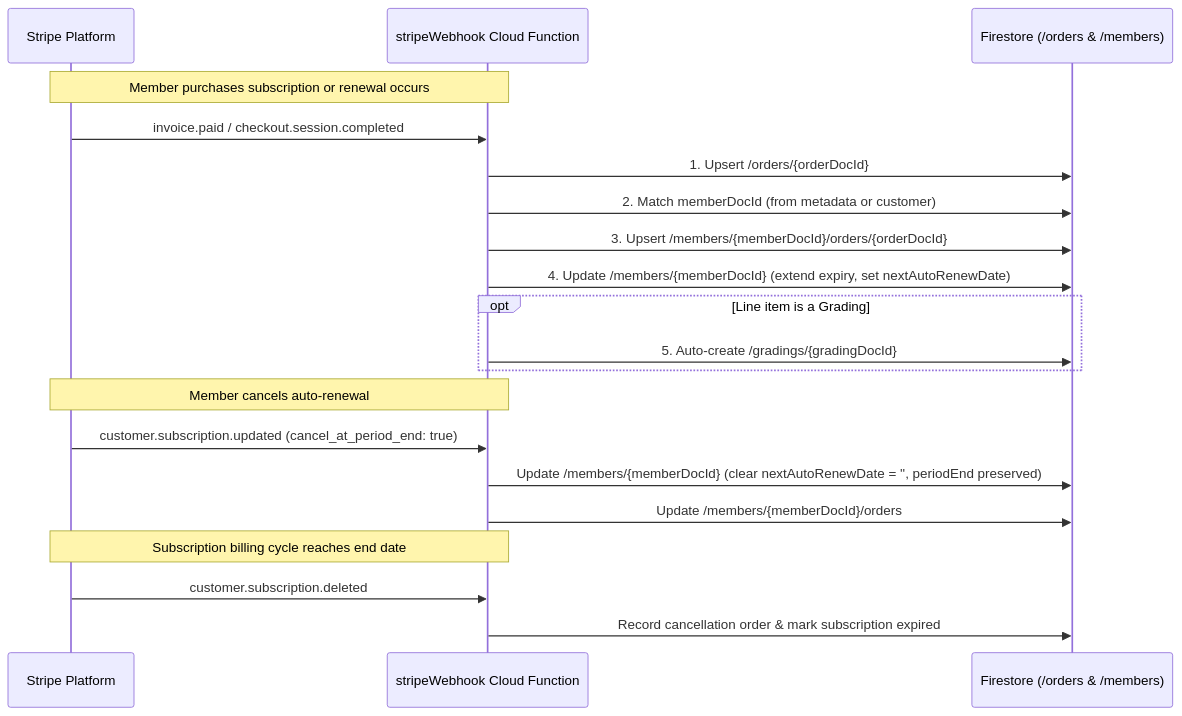
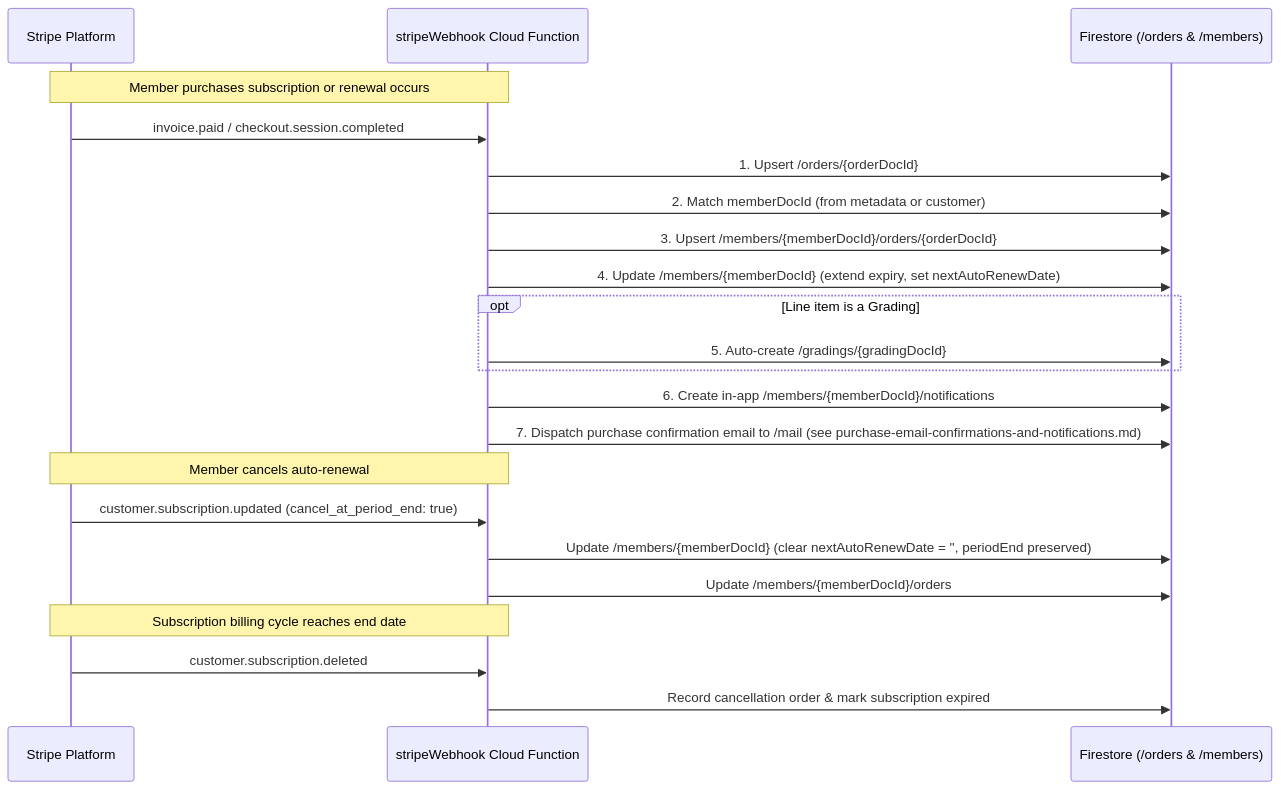
One commit to iislucas/ilc-members-manager changed the second of 2 diagrams in docs/plans/orders-and-subscriptions.md. Above: the diagram before and after it, drawn with Mermaid. The commit also changed other lines of this file and 24 other files, not shown here.

````diff
--- a/docs/plans/orders-and-subscriptions.md
+++ b/docs/plans/orders-and-subscriptions.md
@@ -330,25 +330,27 @@
 ```mermaid
 sequenceDiagram
     participant Stripe as Stripe Platform
     participant Webhook as stripeWebhook Cloud Function
     participant Firestore as Firestore (/orders & /members)
 
     Note over Stripe,Webhook: Member purchases subscription or renewal occurs
     Stripe->>Webhook: invoice.paid / checkout.session.completed
     Webhook->>Firestore: 1. Upsert /orders/{orderDocId}
     Webhook->>Firestore: 2. Match memberDocId (from metadata or customer)
     Webhook->>Firestore: 3. Upsert /members/{memberDocId}/orders/{orderDocId}
     Webhook->>Firestore: 4. Update /members/{memberDocId} (extend expiry, set nextAutoRenewDate)
     opt Line item is a Grading
         Webhook->>Firestore: 5. Auto-create /gradings/{gradingDocId}
     end
+    Webhook->>Firestore: 6. Create in-app /members/{memberDocId}/notifications
+    Webhook->>Firestore: 7. Dispatch purchase confirmation email to /mail (see purchase-email-confirmations-and-notifications.md)
 
     Note over Stripe,Webhook: Member cancels auto-renewal
     Stripe->>Webhook: customer.subscription.updated (cancel_at_period_end: true)
     Webhook->>Firestore: Update /members/{memberDocId} (clear nextAutoRenewDate = '', periodEnd preserved)
     Webhook->>Firestore: Update /members/{memberDocId}/orders
 
     Note over Stripe,Webhook: Subscription billing cycle reaches end date
     Stripe->>Webhook: customer.subscription.deleted
     Webhook->>Firestore: Record cancellation order & mark subscription expired
 ```
````
